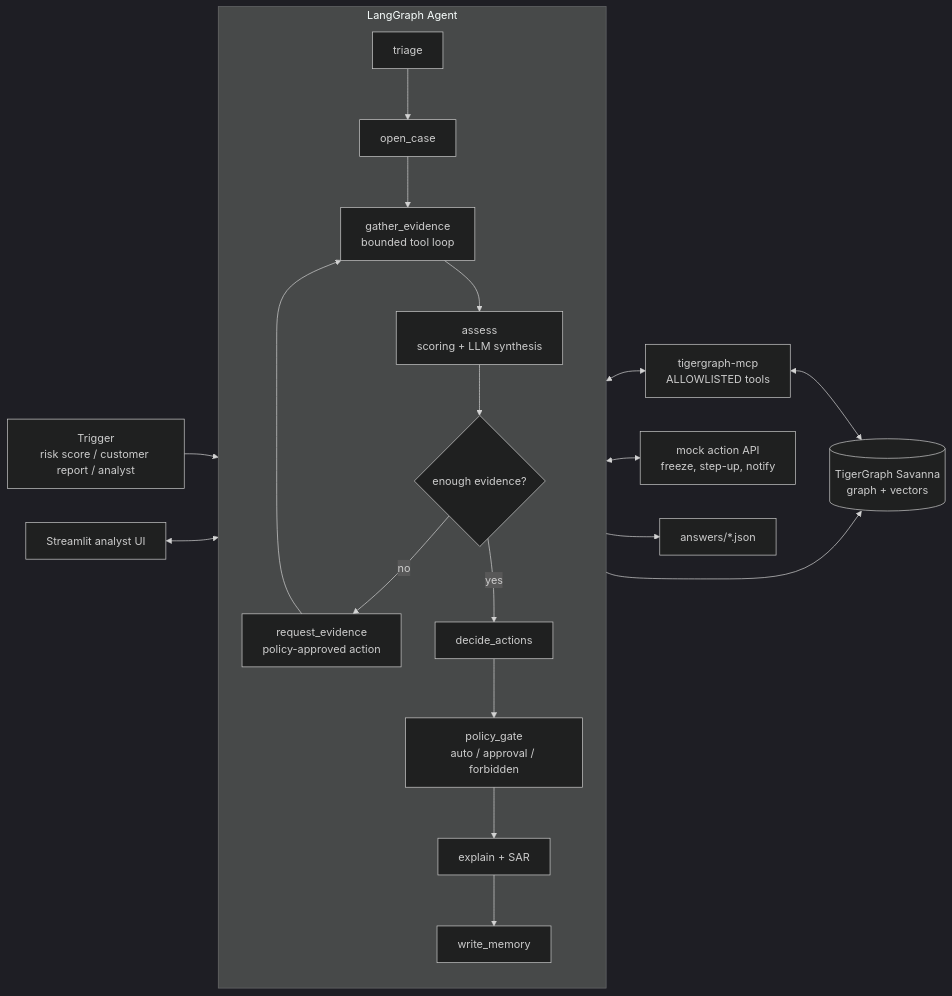
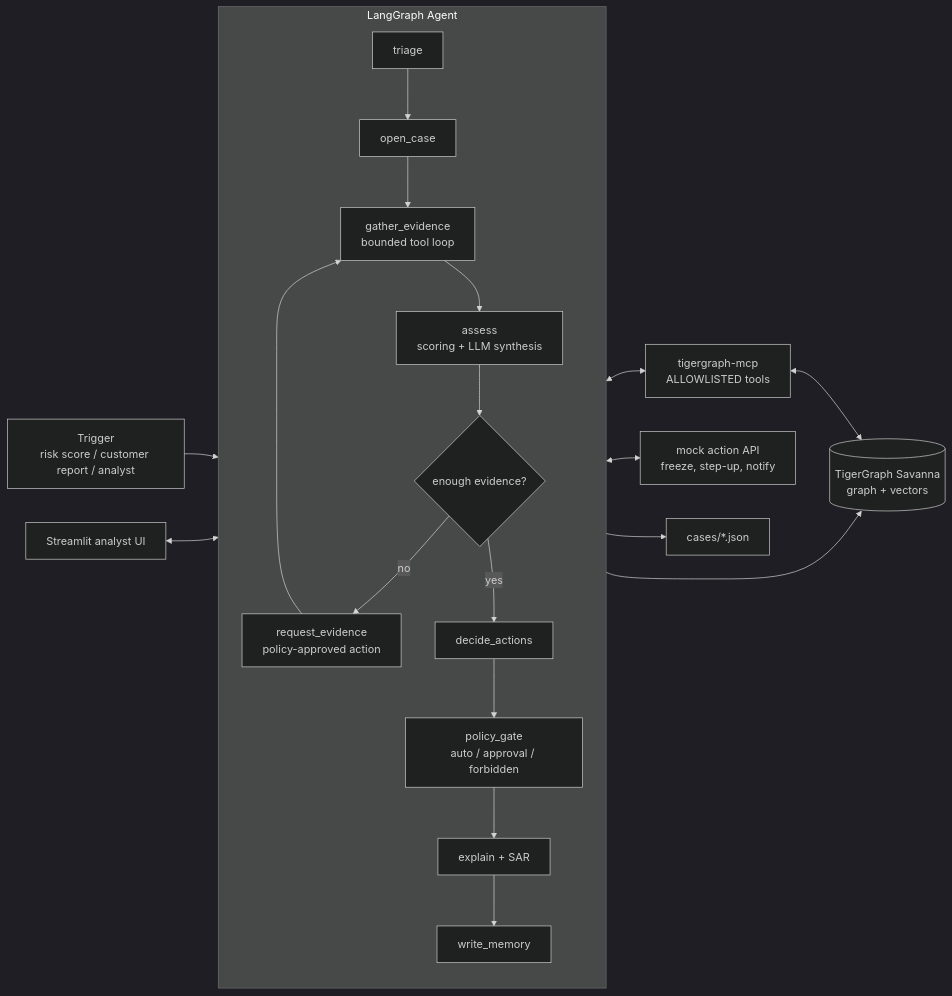
One commit to ShreySharma07/Argus changed the diagram in CLAUDE.md. Above: the diagram before and after it, drawn with Mermaid (dark theme). The commit also changed other lines of this file and 8 other files, not shown here.

First line of the commit message:
M1: graph schema, ETL and load into Savanna

````diff
--- a/CLAUDE.md
+++ b/CLAUDE.md
@@ -13,23 +13,23 @@
 ```mermaid
 flowchart LR
   T[Trigger<br/>risk score / customer report / analyst] --> AG
   subgraph AG[LangGraph Agent]
     direction TB
     TR[triage] --> OC[open_case]
     OC --> GE[gather_evidence<br/>bounded tool loop]
     GE --> AS[assess<br/>scoring + LLM synthesis]
     AS --> UC{enough evidence?}
     UC -- no --> RE[request_evidence<br/>policy-approved action]
     RE --> GE
     UC -- yes --> DE[decide_actions]
     DE --> PG[policy_gate<br/>auto / approval / forbidden]
     PG --> EX[explain + SAR]
     EX --> MEM[write_memory]
   end
   AG <--> MCP[tigergraph-mcp<br/>ALLOWLISTED tools]
   AG <--> ACT[mock action API<br/>freeze, step-up, notify]
   MCP <--> TG[(TigerGraph Savanna<br/>graph + vectors)]
   MEM --> TG
-  AG --> ANS[answers/*.json]
+  AG --> ANS[cases/*.json]
   UI[Streamlit analyst UI] <--> AG
 ```
````
